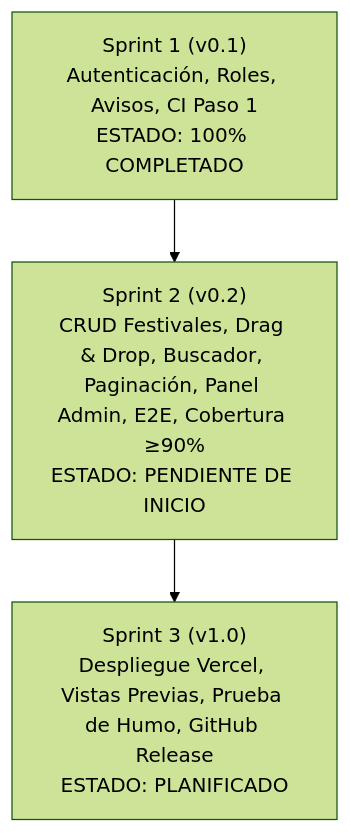
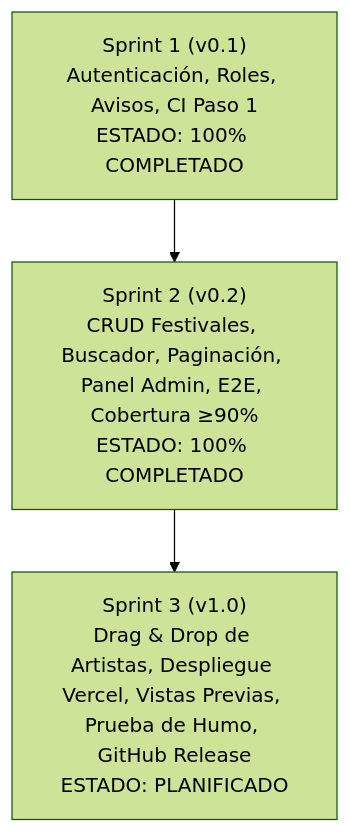
The diagram in CONTEXTO.md (fpftoro-docencia/dwec-2dawt-2627-proyectodomeval-jandro-21), drawn with Mermaid (forest theme) before and after one commit. The commit also changed other lines of this file and 33 other files, not shown here.

Commit message:
feat(sprint-2): implementar CRUD de jornadas, paginación, panel admin, tests y CI

````diff
--- a/CONTEXTO.md
+++ b/CONTEXTO.md
@@ -528,5 +580,5 @@
 ```mermaid
 flowchart TD
-    S1["Sprint 1 (v0.1)<br/>Autenticación, Roles, Avisos, CI Paso 1<br/>ESTADO: 100% COMPLETADO"] --> S2["Sprint 2 (v0.2)<br/>CRUD Festivales, Drag & Drop, Buscador, Paginación, Panel Admin, E2E, Cobertura ≥90%<br/>ESTADO: PENDIENTE DE INICIO"]
-    S2 --> S3["Sprint 3 (v1.0)<br/>Despliegue Vercel, Vistas Previas, Prueba de Humo, GitHub Release<br/>ESTADO: PLANIFICADO"]
+    S1["Sprint 1 (v0.1)<br/>Autenticación, Roles, Avisos, CI Paso 1<br/>ESTADO: 100% COMPLETADO"] --> S2["Sprint 2 (v0.2)<br/>CRUD Festivales, Buscador, Paginación, Panel Admin, E2E, Cobertura ≥90%<br/>ESTADO: 100% COMPLETADO"]
+    S2 --> S3["Sprint 3 (v1.0)<br/>Drag & Drop de Artistas, Despliegue Vercel, Vistas Previas, Prueba de Humo, GitHub Release<br/>ESTADO: PLANIFICADO"]
 ```
````
